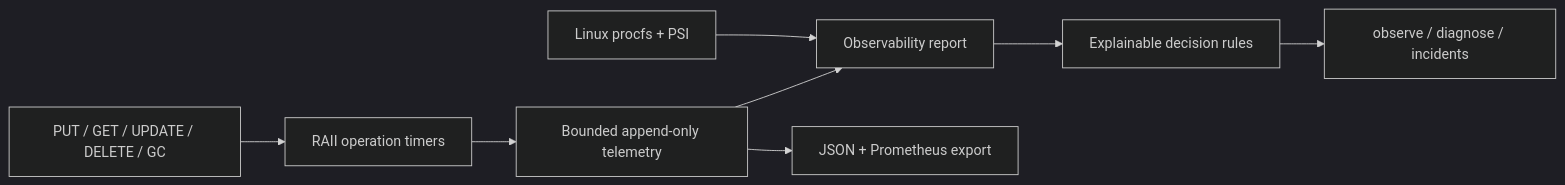
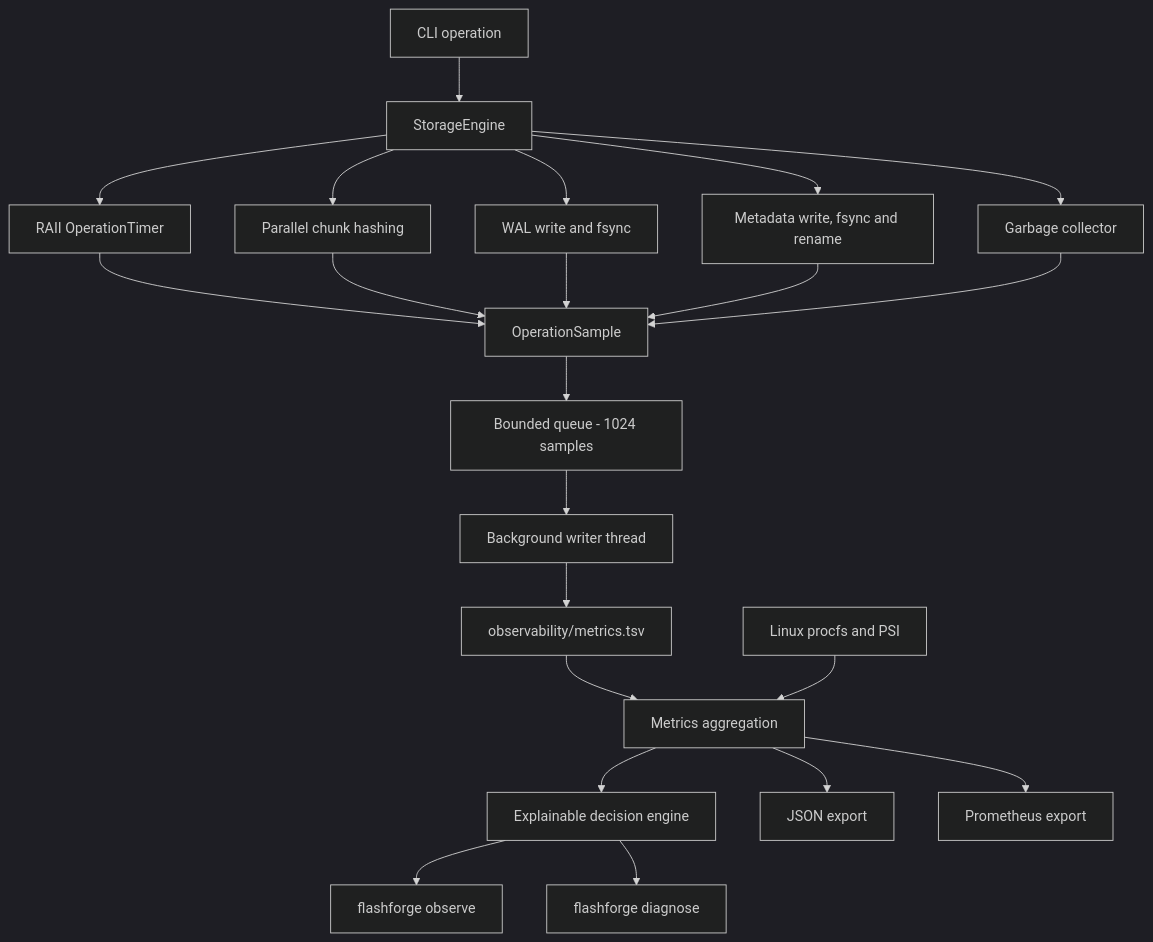
Before and after one commit to shashank1225/FlashForge: the seventh of 7 diagrams in README.md, drawn with Mermaid (dark theme).

Commit message:
Expand observability architecture diagram

````diff
--- a/README.md
+++ b/README.md
@@ -353,10 +353,29 @@
 ```mermaid
-flowchart LR
-    Ops[PUT / GET / UPDATE / DELETE / GC] --> Timer[RAII operation timers]
-    Timer --> Store[Bounded append-only telemetry]
-    Proc[Linux procfs + PSI] --> Report[Observability report]
-    Store --> Report
-    Report --> Rules[Explainable decision rules]
-    Rules --> CLI[observe / diagnose / incidents]
-    Store --> Export[JSON + Prometheus export]
+flowchart TD
+    Client[CLI operation] --> Engine[StorageEngine]
+
+    Engine --> Timer[RAII OperationTimer]
+    Engine --> Hash[Parallel chunk hashing]
+    Engine --> WAL[WAL write and fsync]
+    Engine --> Meta[Metadata write, fsync and rename]
+    Engine --> GC[Garbage collector]
+
+    Timer --> Sample[OperationSample]
+    Hash --> Sample
+    WAL --> Sample
+    Meta --> Sample
+    GC --> Sample
+
+    Sample --> Queue[Bounded queue - 1024 samples]
+    Queue --> Writer[Background writer thread]
+    Writer --> History[observability/metrics.tsv]
+
+    History --> Report[Metrics aggregation]
+    Proc[Linux procfs and PSI] --> Report
+    Report --> Rules[Explainable decision engine]
+
+    Rules --> Observe[flashforge observe]
+    Rules --> Diagnose[flashforge diagnose]
+    Report --> JSON[JSON export]
+    Report --> Prom[Prometheus export]
 ```
````
